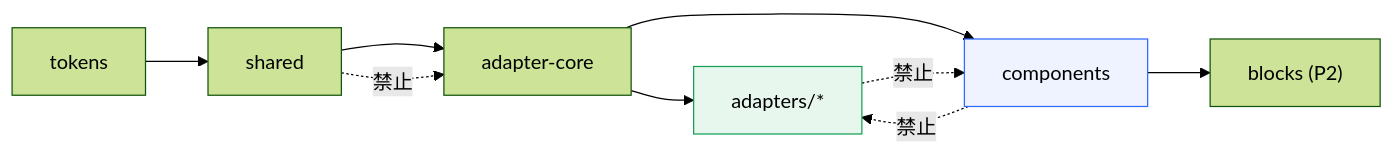
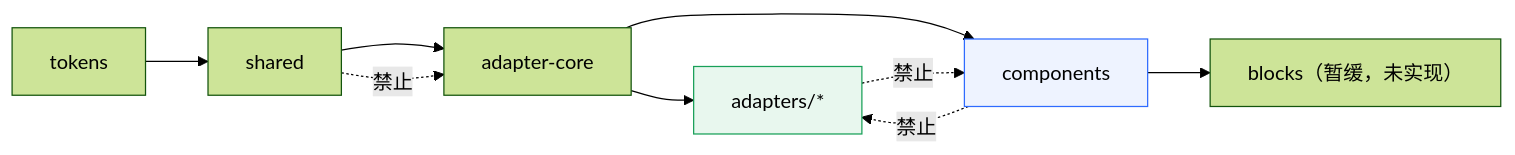
The second of 12 diagrams in apps/docs/guide/architecture-diagrams.md (socalledPF/fbkworks), drawn with Mermaid (forest theme) before and after one commit. The commit also changed other lines of this file and 4 other files, not shown here.

````diff
--- a/apps/docs/guide/architecture-diagrams.md
+++ b/apps/docs/guide/architecture-diagrams.md
@@ -83,14 +83,14 @@
 ```mermaid
 flowchart LR
   tokens["tokens"] --> shared["shared"] --> core["adapter-core"]
   core --> adapters["adapters/*"]
   core --> components["components"]
-  components --> blocks["blocks (P2)"]
+  components --> blocks["blocks（暂缓，未实现）"]
 
   adapters -. "禁止" .-> components
   components -. "禁止" .-> adapters
   shared -. "禁止" .-> core
 
   style adapters fill:#e8f7ee,stroke:#18a058
   style components fill:#eef3ff,stroke:#2f6bff
 ```
````
